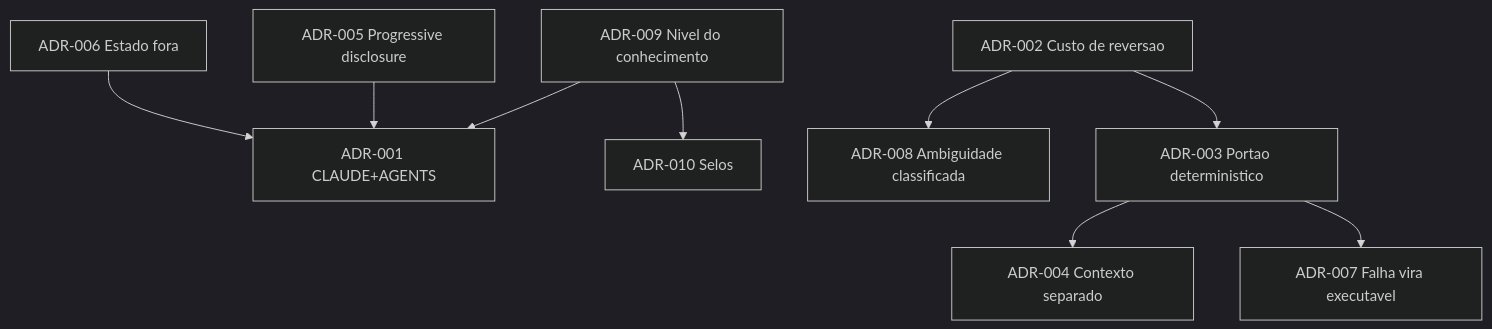
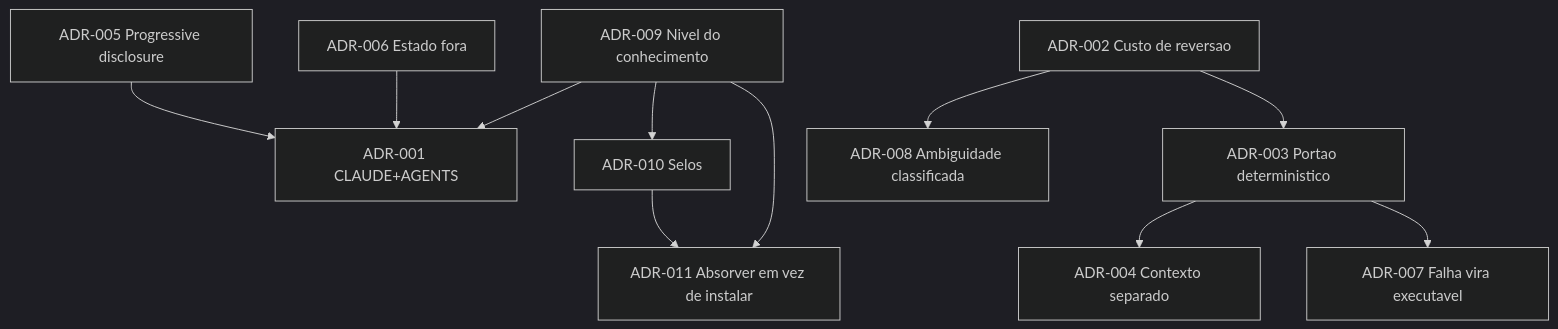
Before and after one commit to Brian5m1th/agent-foundation-kit: the diagram in kb/11-adrs.md, drawn with Mermaid (dark theme). The commit also changed other lines of this file and 12 other files, not shown here.

````diff
--- a/kb/11-adrs.md
+++ b/kb/11-adrs.md
@@ -244,11 +281,13 @@
 ```mermaid
 graph TD
     A9[ADR-009 Nivel do conhecimento] --> A1[ADR-001 CLAUDE+AGENTS]
     A9 --> A10[ADR-010 Selos]
     A5[ADR-005 Progressive disclosure] --> A1
     A6[ADR-006 Estado fora] --> A1
     A2[ADR-002 Custo de reversao] --> A8[ADR-008 Ambiguidade classificada]
     A3[ADR-003 Portao deterministico] --> A4[ADR-004 Contexto separado]
     A3 --> A7[ADR-007 Falha vira executavel]
     A2 --> A3
+    A9 --> A11[ADR-011 Absorver em vez de instalar]
+    A10 --> A11
 ```
````
